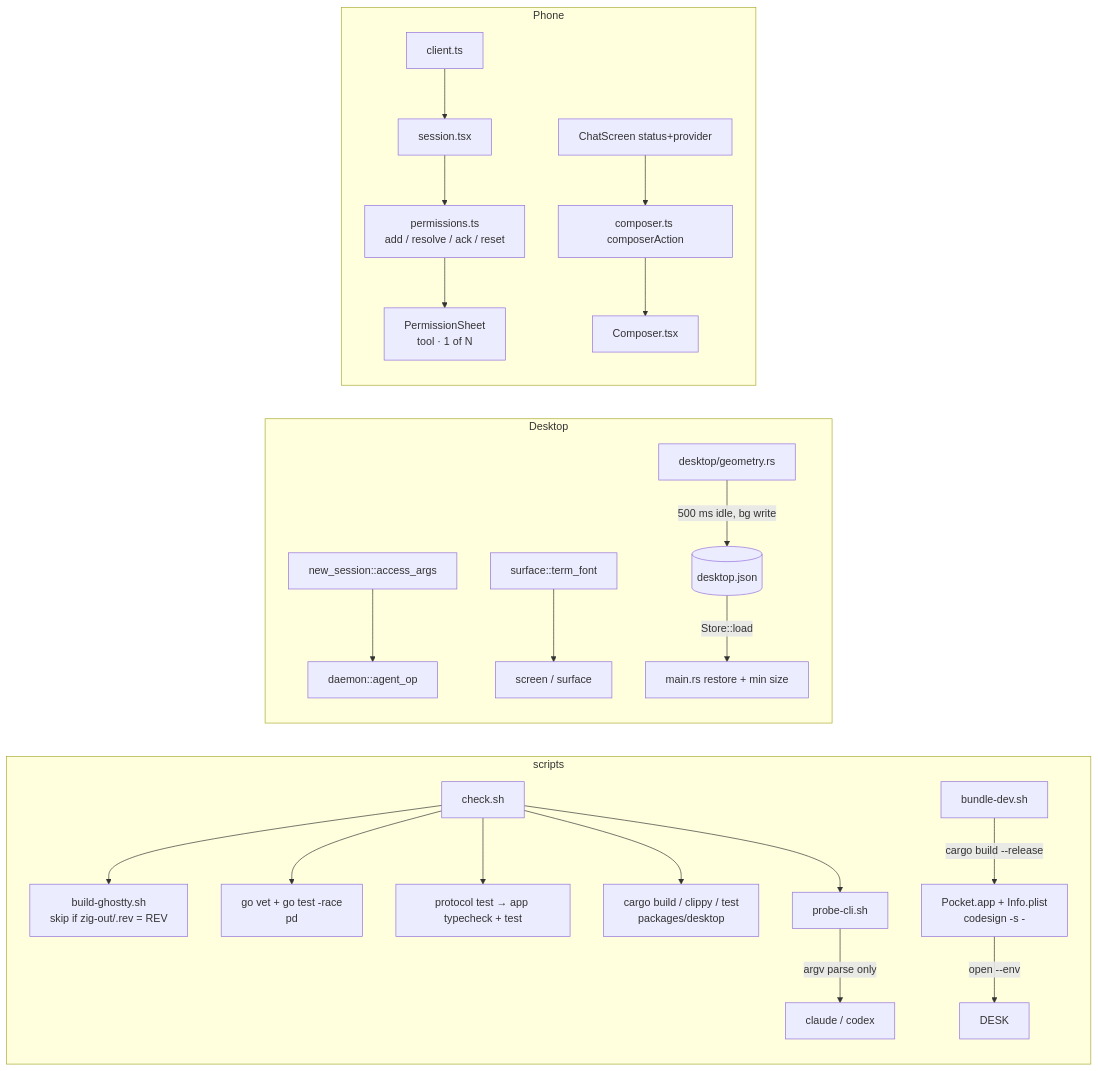
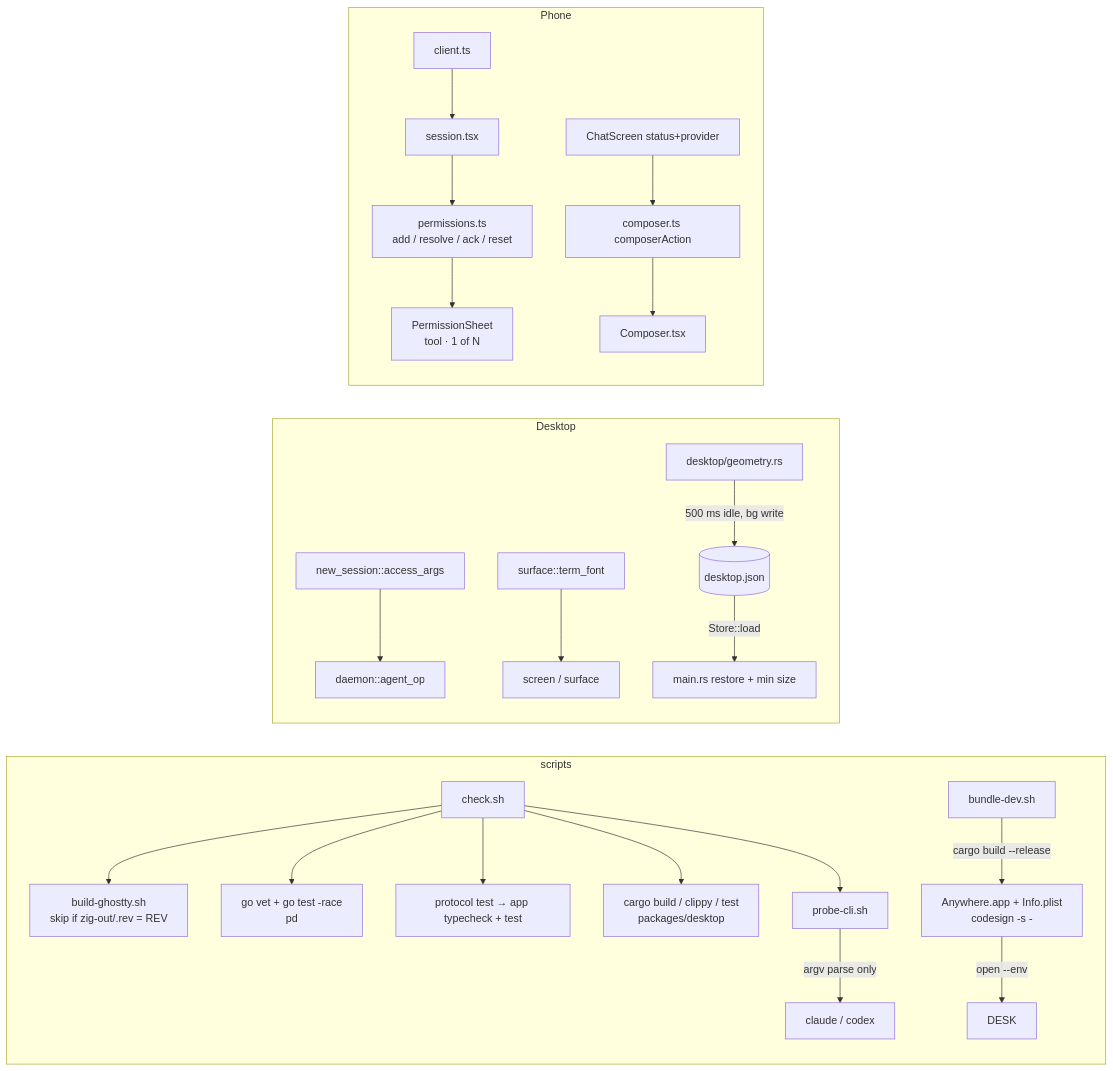
The diagram in docs/designs/2026-09-30-fix-now.md (mingo023/anywhere), drawn with Mermaid before and after one commit. The commit also changed other lines of this file and 67 other files, not shown here.

````diff
--- a/docs/designs/2026-09-30-fix-now.md
+++ b/docs/designs/2026-09-30-fix-now.md
@@ -94,24 +94,24 @@
 ```mermaid
 flowchart LR
   subgraph PR1[scripts]
     C[check.sh] --> G[build-ghostty.sh<br/>skip if zig-out/.rev = REV]
     C --> GO[go vet + go test -race<br/>pd]
     C --> TS[protocol test → app typecheck + test]
     C --> RS[cargo build / clippy / test<br/>packages/desktop]
     C --> P[probe-cli.sh]
     P -->|argv parse only| CL[claude / codex]
-    B[bundle-dev.sh] -->|cargo build --release| APP[Pocket.app + Info.plist<br/>codesign -s -] -->|open --env| DESK
+    B[bundle-dev.sh] -->|cargo build --release| APP[Anywhere.app + Info.plist<br/>codesign -s -] -->|open --env| DESK
   end
   subgraph Desktop
     NS[new_session::access_args] --> SPAWN[daemon::agent_op]
     SF[surface::term_font] --> PAINT[screen / surface]
     GEO[desktop/geometry.rs] -->|500 ms idle, bg write| JSON[(desktop.json)]
     JSON -->|Store::load| MAIN[main.rs restore + min size]
   end
   subgraph Phone
     WS[client.ts] --> SES[session.tsx]
     SES --> PERM[permissions.ts<br/>add / resolve / ack / reset]
     PERM --> SHEET[PermissionSheet<br/>tool · 1 of N]
     CHAT[ChatScreen status+provider] --> CA[composer.ts composerAction] --> COMP[Composer.tsx]
   end
 ```
````
